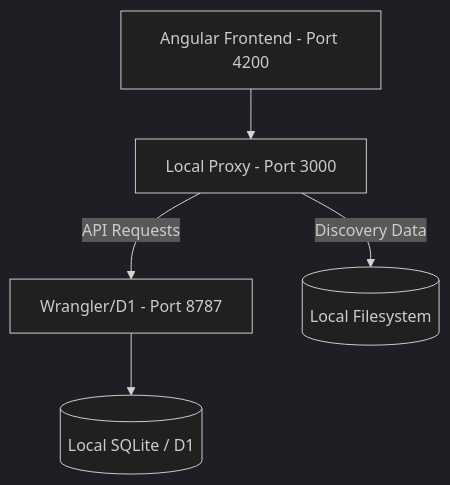
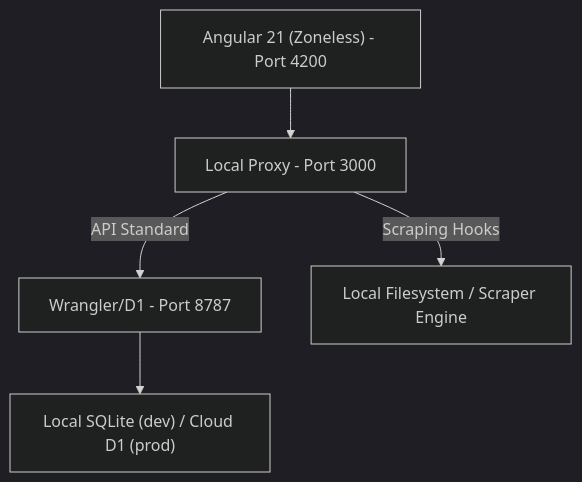
One commit to wesdizzle/collection-tracker changed the diagram in README.md. Above: the diagram before and after it, drawn with Mermaid (dark theme). The commit also changed other lines of this file and 33 other files, not shown here.

Commit message:
Migrate to Angular 21 and TS. This has a number of implications, including moving existing karma tests to vitest. The full current architecture is documented in the README.

````diff
--- a/README.md
+++ b/README.md
@@ -16,7 +17,7 @@
 ```mermaid
 graph TD
-    UI[Angular Frontend - Port 4200] --> Proxy[Local Proxy - Port 3000]
-    Proxy -->|API Requests| Worker[Wrangler/D1 - Port 8787]
-    Proxy -->|Discovery Data| LocalFS[(Local Filesystem)]
-    Worker --> D1[(Local SQLite / D1)]
+    UI["Angular 21 (Zoneless) - Port 4200"] --> Proxy["Local Proxy - Port 3000"]
+    Proxy -->|API Standard| Worker["Wrangler/D1 - Port 8787"]
+    Proxy -->|Scraping Hooks| LocalFS["Local Filesystem / Scraper Engine"]
+    Worker --> D1["Local SQLite (dev) / Cloud D1 (prod)"]
 ```
````
